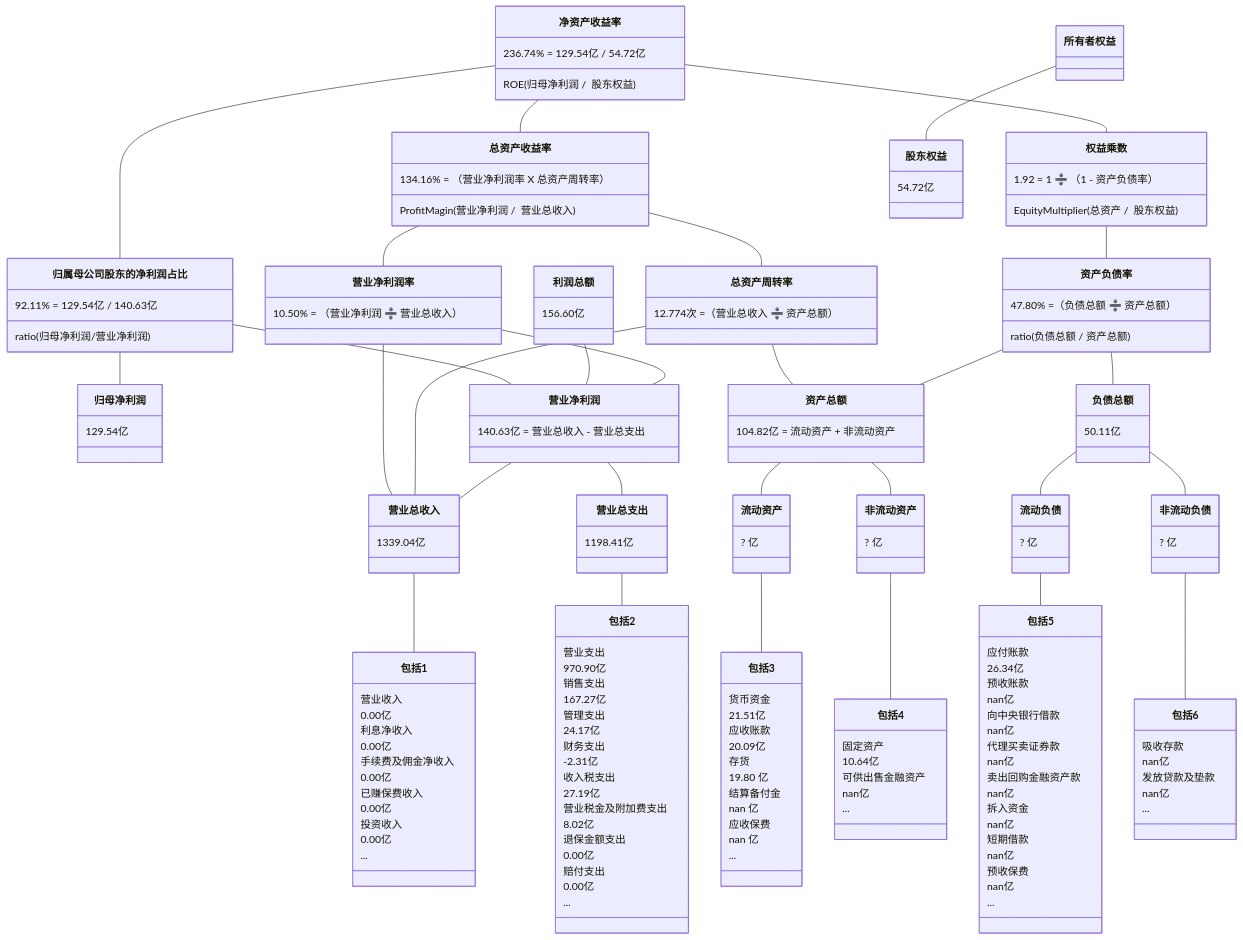
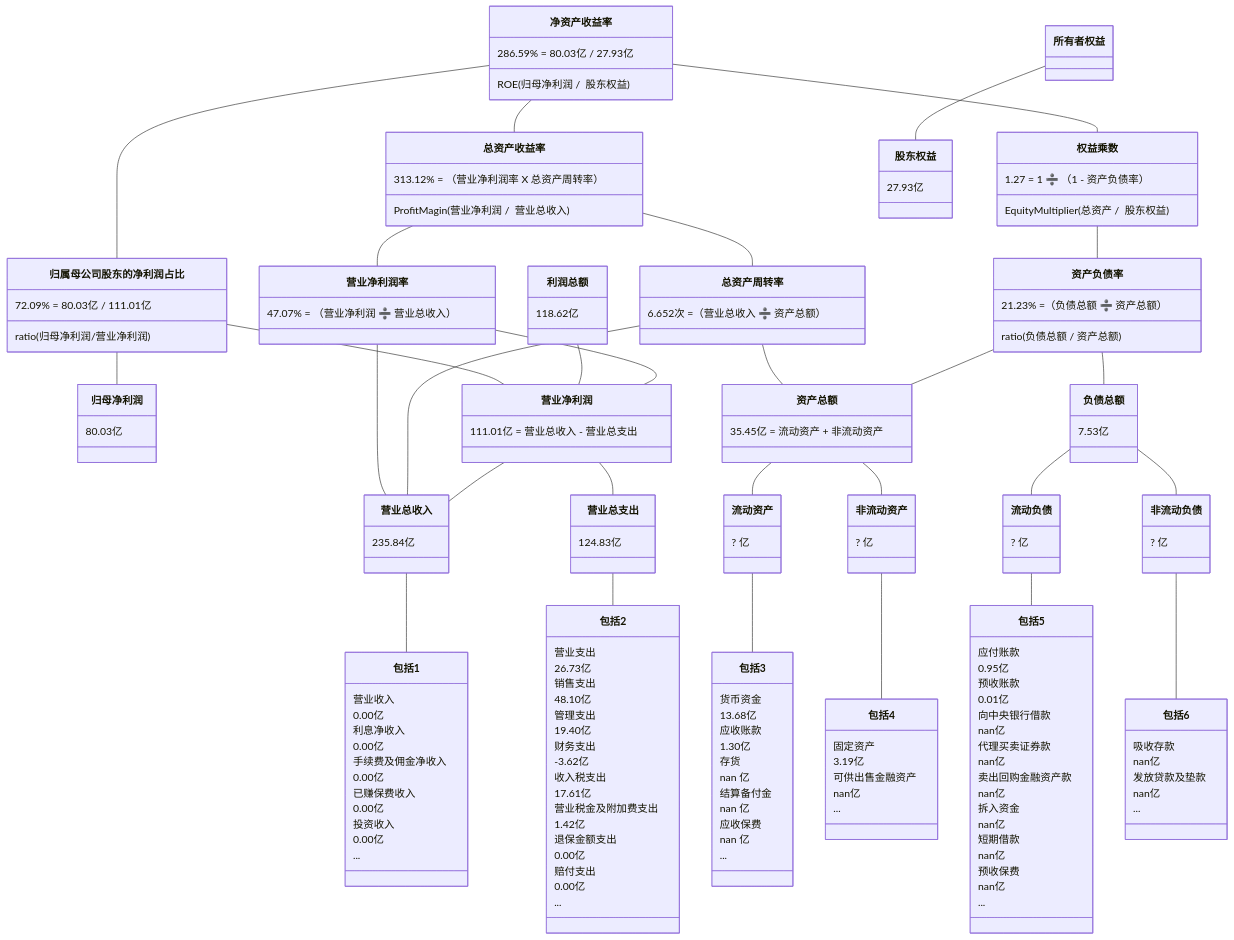
One commit to TheVeryDarkness/cs410 changed the second of 10 diagrams in 2/2.md. Above: the diagram before and after it, drawn with Mermaid. The commit also changed other lines of this file and 59 other files, not shown here.

````diff
--- a/2/2.md
+++ b/2/2.md
@@ -183,45 +191,45 @@
 ```mermaid
 classDiagram
 净资产收益率 -- 总资产收益率
-    净资产收益率 : 236.74% = 129.54亿 / 54.72亿
+    净资产收益率 : 286.59% = 80.03亿 / 27.93亿
     净资产收益率 : ROE(归母净利润 /  股东权益)
-    总资产收益率 : 134.16% = （营业净利润率 X 总资产周转率）
+    总资产收益率 : 313.12% = （营业净利润率 X 总资产周转率）
     总资产收益率 : ProfitMagin(营业净利润 /  营业总收入)
 净资产收益率 -- 归属母公司股东的净利润占比
-	  归属母公司股东的净利润占比 : 92.11% = 129.54亿 / 140.63亿
+	  归属母公司股东的净利润占比 : 72.09% = 80.03亿 / 111.01亿
 	  归属母公司股东的净利润占比 : ratio(归母净利润/营业净利润)
 归属母公司股东的净利润占比 -- 归母净利润
-    归母净利润 : 129.54亿
+    归母净利润 : 80.03亿
 归属母公司股东的净利润占比 -- 营业净利润
-利润总额 : 156.60亿
+利润总额 : 118.62亿
 利润总额 -- 营业净利润
 净资产收益率 -- 权益乘数
-    权益乘数 : 1.92 = 1 ➗ （1 - 资产负债率）
+    权益乘数 : 1.27 = 1 ➗ （1 - 资产负债率）
     权益乘数 : EquityMultiplier(总资产 /  股东权益)
 
 总资产收益率 -- 营业净利润率
-    营业净利润率 : 10.50% = （营业净利润 ➗ 营业总收入）
+    营业净利润率 : 47.07% = （营业净利润 ➗ 营业总收入）
 总资产收益率 -- 总资产周转率
-    总资产周转率 : 12.774次 =（营业总收入 ➗ 资产总额）
+    总资产周转率 : 6.652次 =（营业总收入 ➗ 资产总额）
 权益乘数 -- 资产负债率
-    资产负债率  : 47.80% =（负债总额 ➗ 资产总额）
+    资产负债率  : 21.23% =（负债总额 ➗ 资产总额）
     资产负债率  : ratio(负债总额 / 资产总额)
 
 营业净利润率 -- 营业净利润
-    营业净利润 : 140.63亿 = 营业总收入 - 营业总支出
+    营业净利润 : 111.01亿 = 营业总收入 - 营业总支出
 营业净利润率 -- 营业总收入
 总资产周转率 -- 营业总收入
 总资产周转率 -- 资产总额
-    资产总额 : 104.82亿 = 流动资产 + 非流动资产
+    资产总额 : 35.45亿 = 流动资产 + 非流动资产
 资产负债率 -- 负债总额
-    负债总额 : 50.11亿
+    负债总额 : 7.53亿
 资产负债率 -- 资产总额
 
 
 营业净利润 -- 营业总收入
-    营业总收入 : 1339.04亿
+    营业总收入 : 235.84亿
 营业净利润 -- 营业总支出
-    营业总支出 : 1198.41亿
+    营业总支出 : 124.83亿
 资产总额 -- 流动资产
 	  流动资产 : ? 亿
 资产总额 -- 非流动资产
@@ -245,17 +253,17 @@
     包括1 : ...
 营业总支出 -- 包括2
     包括2 : 营业支出
-    包括2 : 970.90亿
+    包括2 : 26.73亿
     包括2 : 销售支出
-    包括2 : 167.27亿
+    包括2 : 48.10亿
     包括2 : 管理支出
-    包括2 : 24.17亿
+    包括2 : 19.40亿
     包括2 : 财务支出
-    包括2 : -2.31亿
+    包括2 : -3.62亿
     包括2 : 收入税支出
-    包括2 : 27.19亿
+    包括2 : 17.61亿
     包括2 : 营业税金及附加费支出
-    包括2 : 8.02亿
+    包括2 : 1.42亿
     包括2 : 退保金额支出
     包括2 : 0.00亿
     包括2 : 赔付支出
@@ -263,11 +271,11 @@
     包括2 : ...
 流动资产 -- 包括3
     包括3 : 货币资金
-    包括3 : 21.51亿
+    包括3 : 13.68亿
     包括3 : 应收账款
-    包括3 : 20.09亿
+    包括3 : 1.30亿
     包括3 : 存货
-    包括3 : 19.80 亿
+    包括3 : nan 亿
     包括3 : 结算备付金
     包括3 : nan 亿
     包括3 : 应收保费
@@ -275,15 +283,15 @@
     包括3 : ...
 非流动资产 -- 包括4
     包括4 : 固定资产
-    包括4 : 10.64亿
+    包括4 : 3.19亿
     包括4 : 可供出售金融资产
     包括4 : nan亿
     包括4 : ...
 流动负债 -- 包括5
     包括5 : 应付账款
-    包括5 : 26.34亿
+    包括5 : 0.95亿
     包括5 : 预收账款
-    包括5 : nan亿
+    包括5 : 0.01亿
     包括5 : 向中央银行借款
     包括5 : nan亿
     包括5 : 代理买卖证券款
@@ -304,5 +312,5 @@
     包括6 : nan亿
     包括6 : ...
 所有者权益 -- 股东权益
-    股东权益 : 54.72亿
+    股东权益 : 27.93亿
 ```
````
